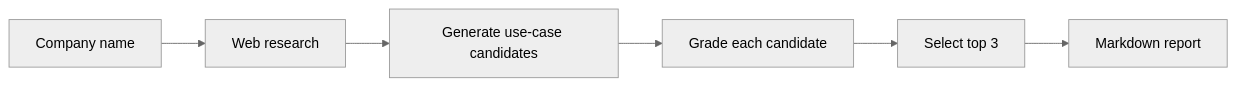
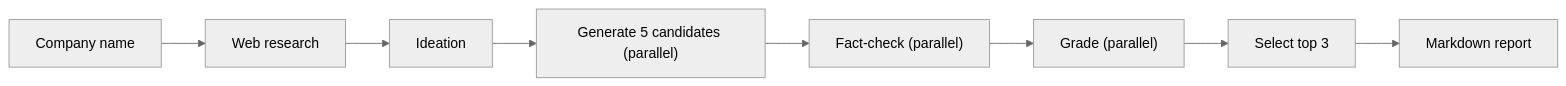
The diagram in README.md (Matthias-Laithier/sparkstral), drawn with Mermaid (neutral theme) before and after one commit. The commit also changed other lines of this file and 19 other files, not shown here.

````diff
--- a/README.md
+++ b/README.md
@@ -7,8 +7,10 @@
 ```mermaid
 flowchart LR
     A[Company name] --> B[Web research]
-    B --> C[Generate use-case candidates]
-    C --> D[Grade each candidate]
-    D --> E[Select top 3]
-    E --> F[Markdown report]
+    B --> C[Ideation]
+    C --> D["Generate 5 candidates (parallel)"]
+    D --> E["Fact-check (parallel)"]
+    E --> F["Grade (parallel)"]
+    F --> G[Select top 3]
+    G --> H[Markdown report]
 ```
````
